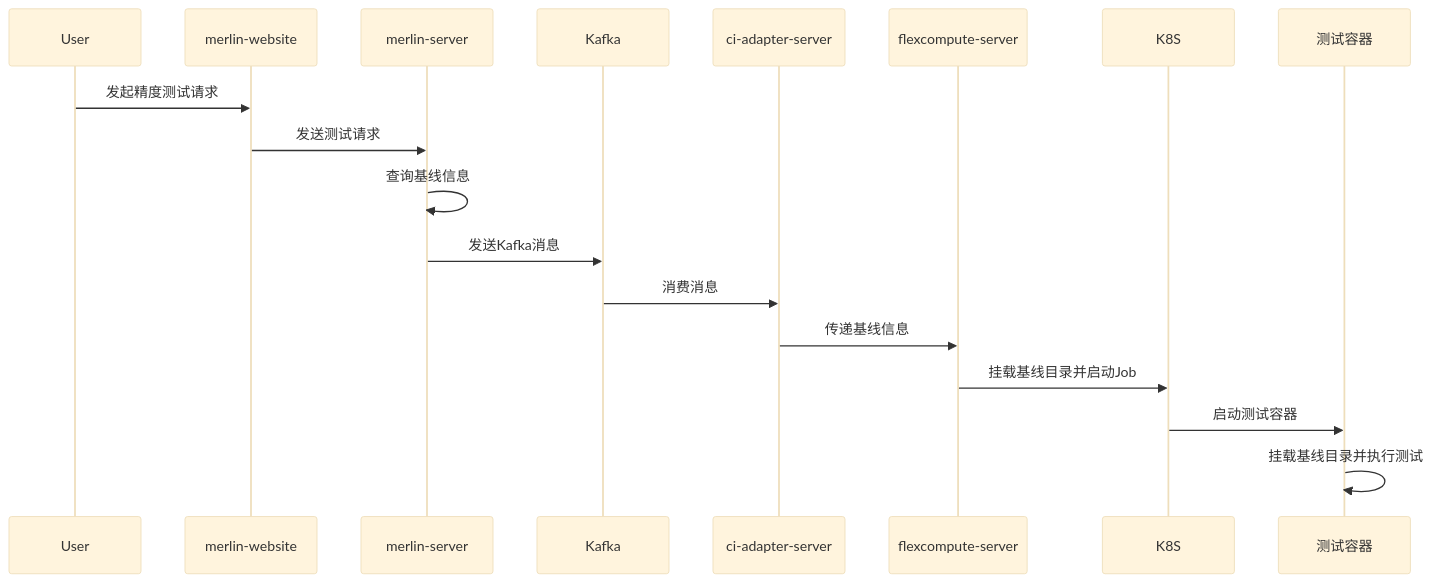
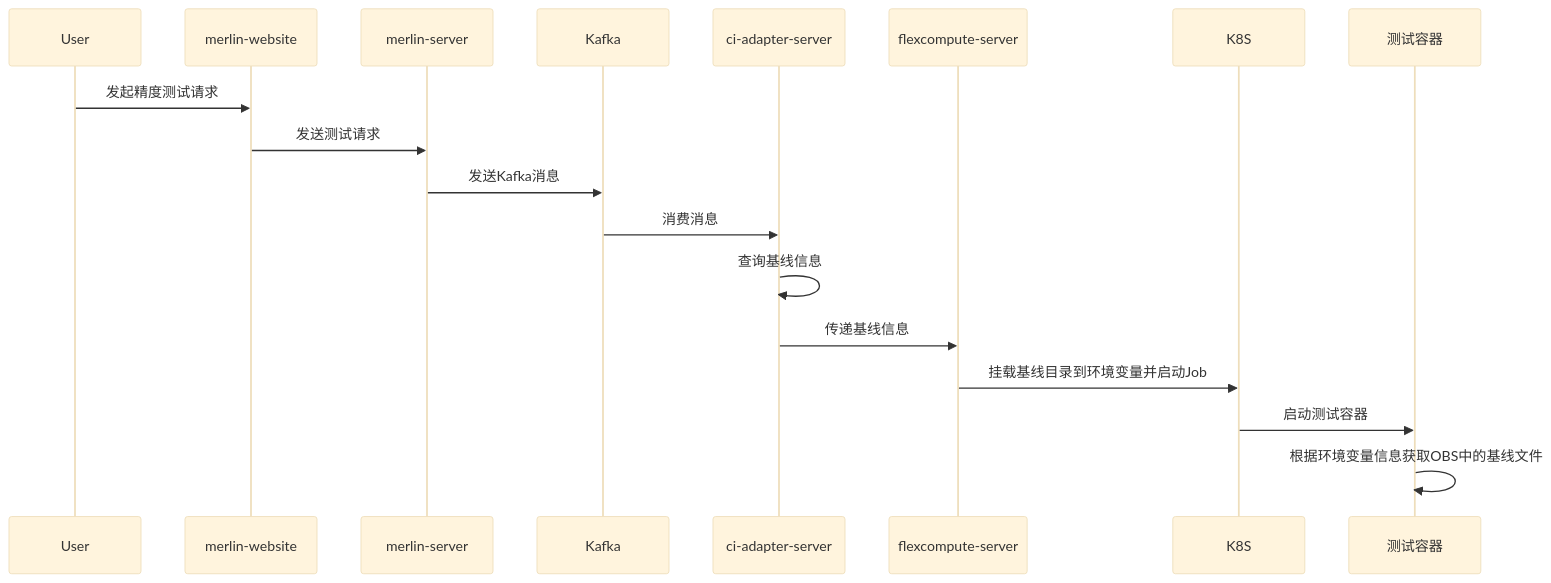
The eighth of 17 diagrams in 模型精度性能测试自动化.md (pillumina/design-proposal), drawn with Mermaid (base theme) before and after one commit. The commit also changed other lines of this file, not shown here.

````diff
--- a/模型精度性能测试自动化.md
+++ b/模型精度性能测试自动化.md
@@ -839,21 +1048,21 @@
 ```mermaid
 sequenceDiagram
     participant User
     participant Frontend as merlin-website
     participant Server as merlin-server
     participant Kafka
     participant Adapter as ci-adapter-server
     participant Flex as flexcompute-server
     participant K8S
     participant Job as 测试容器
 
     User ->> Frontend: 发起精度测试请求
     Frontend ->> Server: 发送测试请求
-    Server ->> Server: 查询基线信息
     Server ->> Kafka: 发送Kafka消息
     Kafka ->> Adapter: 消费消息
+    Adapter ->> Adapter: 查询基线信息
     Adapter ->> Flex: 传递基线信息
-    Flex ->> K8S: 挂载基线目录并启动Job
+    Flex ->> K8S: 挂载基线目录到环境变量并启动Job
     K8S ->> Job: 启动测试容器
-    Job ->> Job: 挂载基线目录并执行测试
+    Job ->> Job: 根据环境变量信息获取OBS中的基线文件
 ```
````
